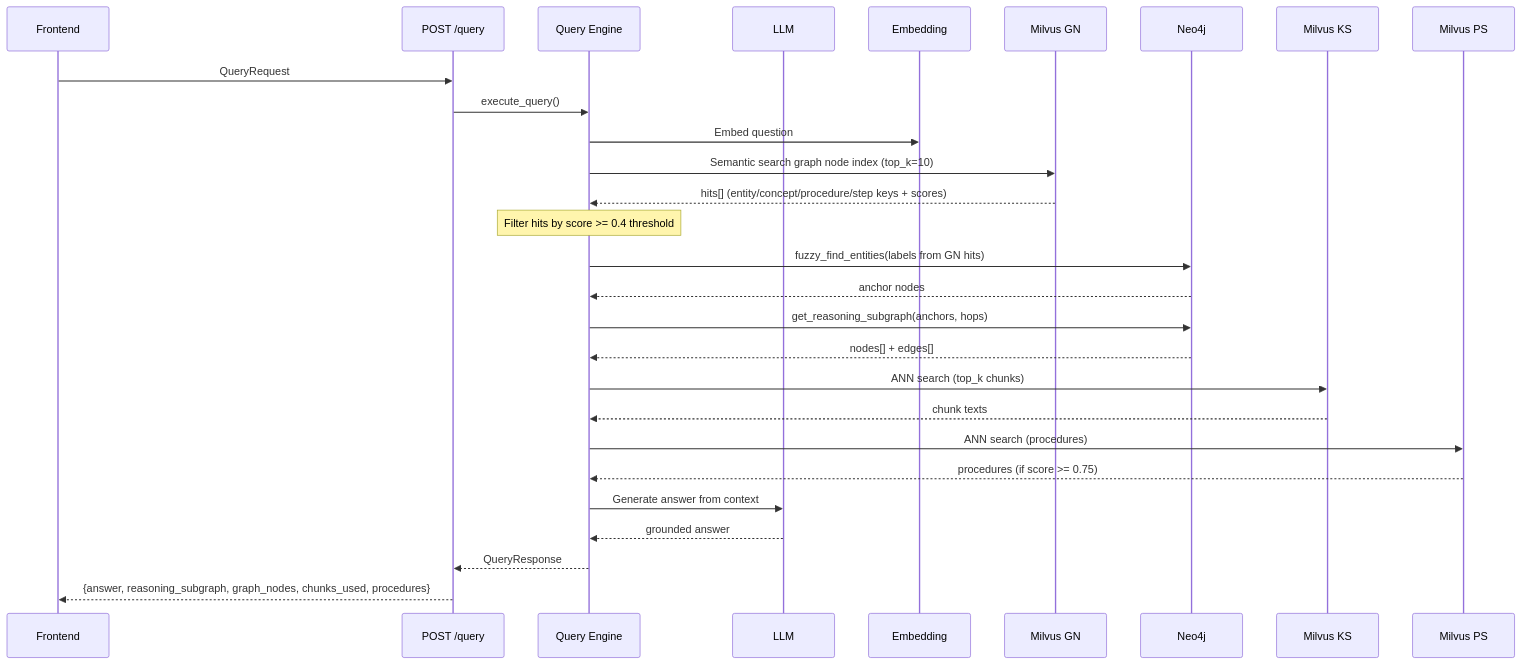
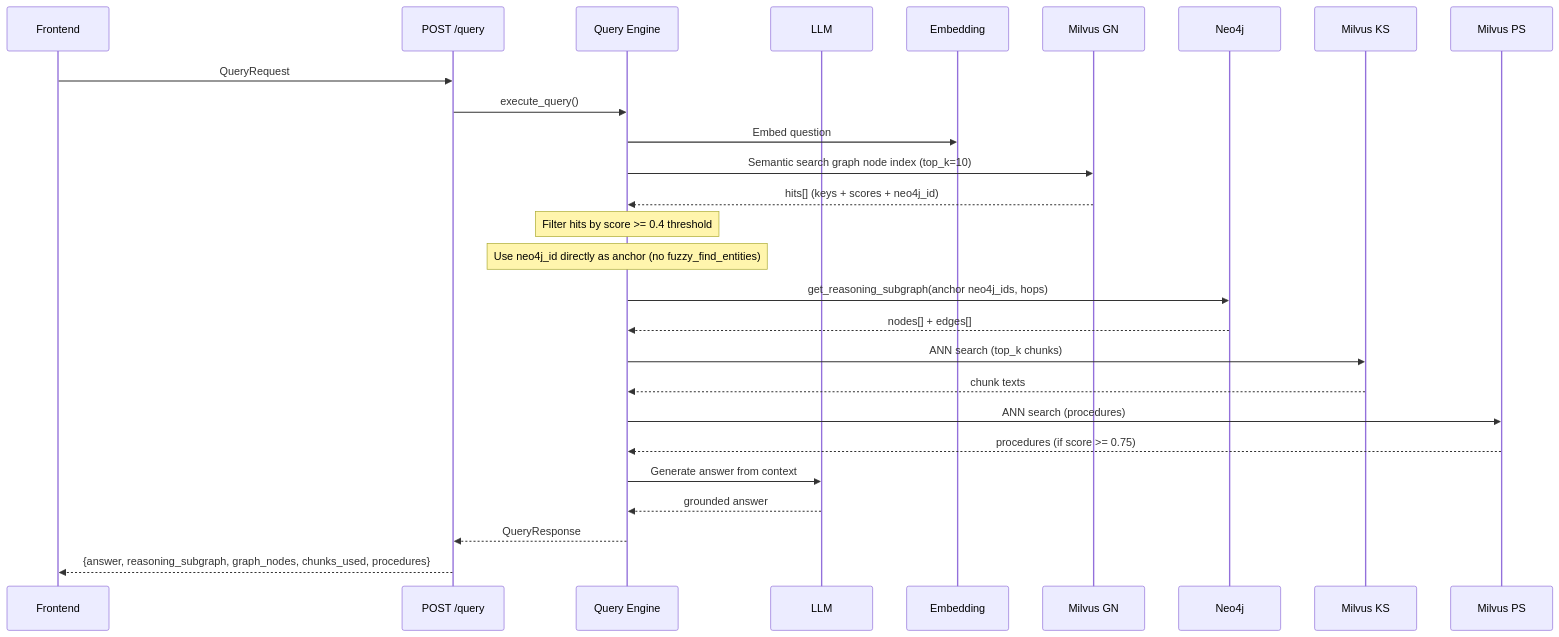
One commit to rashwin88/trident-demo changed the second of 2 diagrams in docs/api-reference.md. Above: the diagram before and after it, drawn with Mermaid. The commit also changed other lines of this file and 50 other files, not shown here.

````diff
--- a/docs/api-reference.md
+++ b/docs/api-reference.md
@@ -204,40 +234,38 @@
 ```mermaid
 sequenceDiagram
     participant FE as Frontend
     participant API as POST /query
     participant QE as Query Engine
     participant LLM as LLM
     participant EMB as Embedding
     participant GN as Milvus GN
     participant G as Neo4j
     participant KS as Milvus KS
     participant PS as Milvus PS
 
     FE->>API: QueryRequest
 
     API->>QE: execute_query()
 
     QE->>EMB: Embed question
     QE->>GN: Semantic search graph node index (top_k=10)
-    GN-->>QE: hits[] (entity/concept/procedure/step keys + scores)
+    GN-->>QE: hits[] (keys + scores + neo4j_id)
 
     Note over QE: Filter hits by score >= 0.4 threshold
+    Note over QE: Use neo4j_id directly as anchor (no fuzzy_find_entities)
 
-    QE->>G: fuzzy_find_entities(labels from GN hits)
-    G-->>QE: anchor nodes
-
-    QE->>G: get_reasoning_subgraph(anchors, hops)
+    QE->>G: get_reasoning_subgraph(anchor neo4j_ids, hops)
     G-->>QE: nodes[] + edges[]
 
     QE->>KS: ANN search (top_k chunks)
     KS-->>QE: chunk texts
 
     QE->>PS: ANN search (procedures)
     PS-->>QE: procedures (if score >= 0.75)
 
     QE->>LLM: Generate answer from context
     LLM-->>QE: grounded answer
 
     QE-->>API: QueryResponse
     API-->>FE: {answer, reasoning_subgraph, graph_nodes, chunks_used, procedures}
 ```
````
